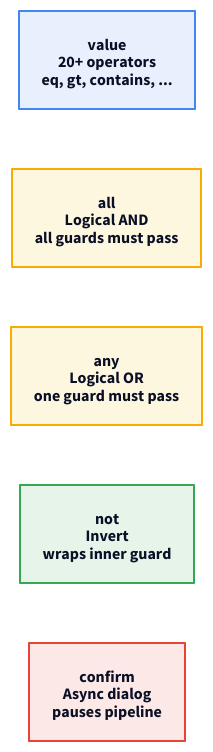
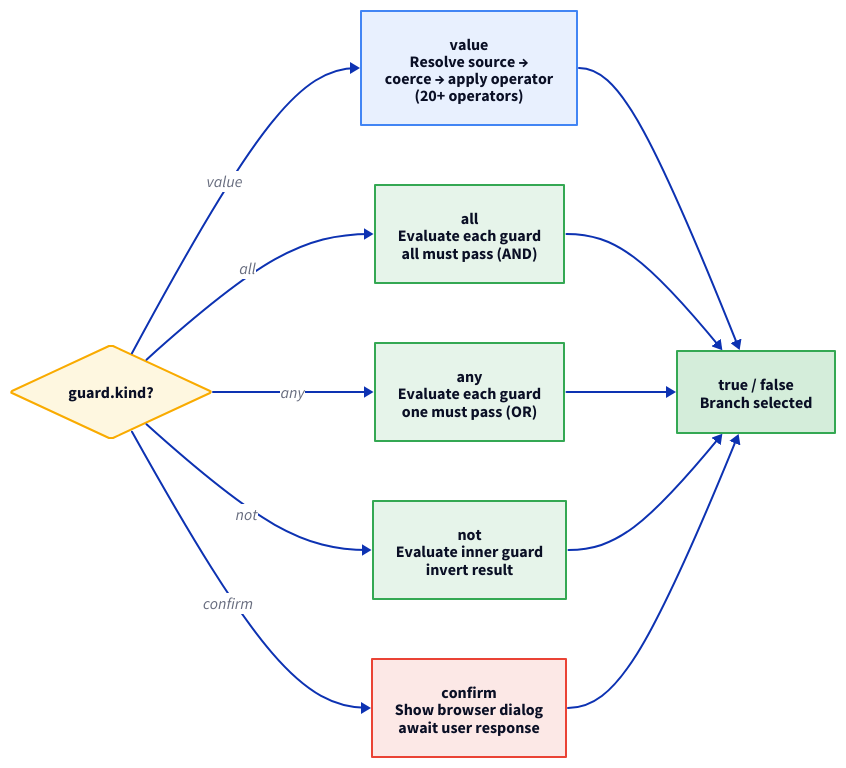
The third of 5 diagrams in docs-site/src/content/docs/architecture/runtime-key-modules.mdx (marafiq/alis-reactive), drawn with D2 before and after one commit. The commit also changed other lines of this file, not shown here.

Commit message:
docs: replace conditions diagram with horizontal decision flow
Diamond decision node dispatches to five guard kinds, all converge
to true/false result. Shows the actual evaluation flow.

````diff
--- a/docs-site/src/content/docs/architecture/runtime-key-modules.mdx
+++ b/docs-site/src/content/docs/architecture/runtime-key-modules.mdx
@@ -149,34 +149,57 @@
 ```d2
 direction: right
 
-value: "value\n20+ operators\neq, gt, contains, ..." {
+guard: "guard.kind?" {
+  shape: diamond
+  style.fill: "#fef7e0"
+  style.stroke: "#f9ab00"
+  style.font-size: 16
+}
+value: "value\nResolve source →\ncoerce → apply operator\n(20+ operators)" {
   shape: rectangle
   style.fill: "#e8f0fe"
   style.stroke: "#4285f4"
   style.font-size: 16
 }
-all: "all\nLogical AND\nall guards must pass" {
-  shape: rectangle
-  style.fill: "#fef7e0"
-  style.stroke: "#f9ab00"
-  style.font-size: 16
-}
-any: "any\nLogical OR\none guard must pass" {
-  shape: rectangle
-  style.fill: "#fef7e0"
-  style.stroke: "#f9ab00"
-  style.font-size: 16
-}
-not: "not\nInvert\nwraps inner guard" {
+all: "all\nEvaluate each guard\nall must pass (AND)" {
   shape: rectangle
   style.fill: "#e6f4ea"
   style.stroke: "#34a853"
   style.font-size: 16
 }
-confirm: "confirm\nAsync dialog\npauses pipeline" {
+any: "any\nEvaluate each guard\none must pass (OR)" {
+  shape: rectangle
+  style.fill: "#e6f4ea"
+  style.stroke: "#34a853"
+  style.font-size: 16
+}
+not: "not\nEvaluate inner guard\ninvert result" {
+  shape: rectangle
+  style.fill: "#e6f4ea"
+  style.stroke: "#34a853"
+  style.font-size: 16
+}
+confirm: "confirm\nShow browser dialog\nawait user response" {
   shape: rectangle
   style.fill: "#fce8e6"
   style.stroke: "#ea4335"
   style.font-size: 16
 }
+result: "true / false\nBranch selected" {
+  shape: rectangle
+  style.fill: "#d4edda"
+  style.stroke: "#34a853"
+  style.font-size: 16
+}
+
+guard -> value: value
+guard -> all: all
+guard -> any: any
+guard -> not: not
+guard -> confirm: confirm
+value -> result
+all -> result
+any -> result
+not -> result
+confirm -> result
 ```
````
